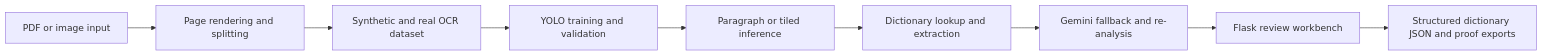
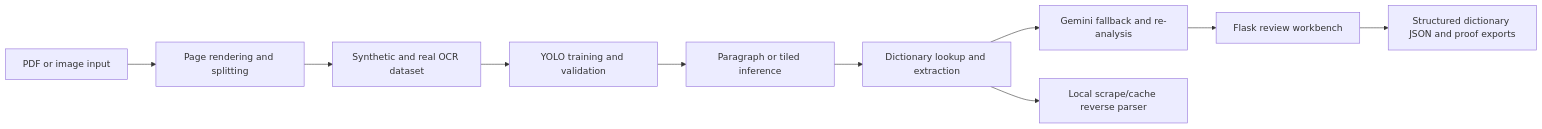
Before and after one commit to otpayt02/s-gaw-karen-ocr: the diagram in docs/ARCHITECTURE.md, drawn with Mermaid. The commit also changed other lines of this file and 15 other files, not shown here.

````diff
--- a/docs/ARCHITECTURE.md
+++ b/docs/ARCHITECTURE.md
@@ -5,11 +5,12 @@
 ```mermaid
 flowchart LR
   A["PDF or image input"] --> B["Page rendering and splitting"]
   B --> C["Synthetic and real OCR dataset"]
   C --> D["YOLO training and validation"]
   D --> E["Paragraph or tiled inference"]
   E --> F["Dictionary lookup and extraction"]
   F --> G["Gemini fallback and re-analysis"]
   G --> H["Flask review workbench"]
   H --> I["Structured dictionary JSON and proof exports"]
+  F --> J["Local scrape/cache reverse parser"]
 ```
````
